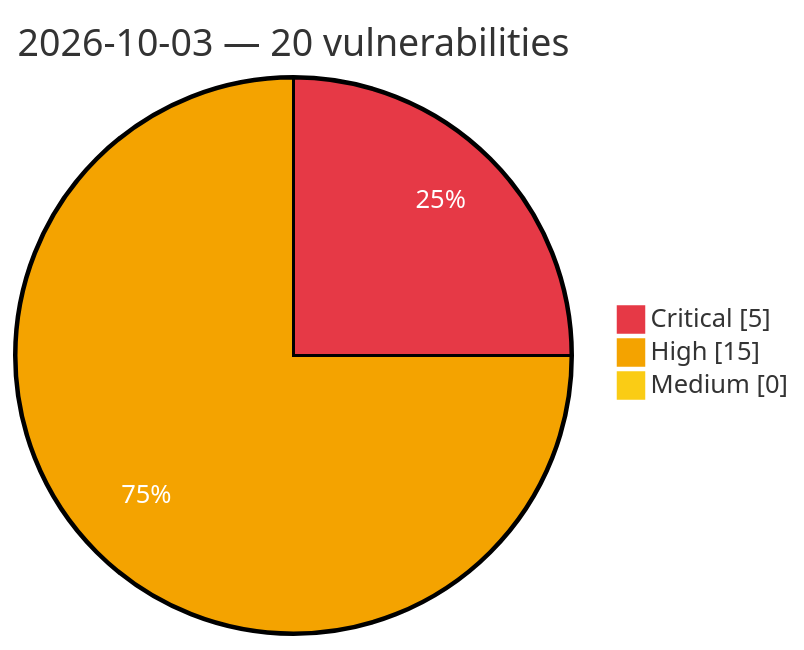
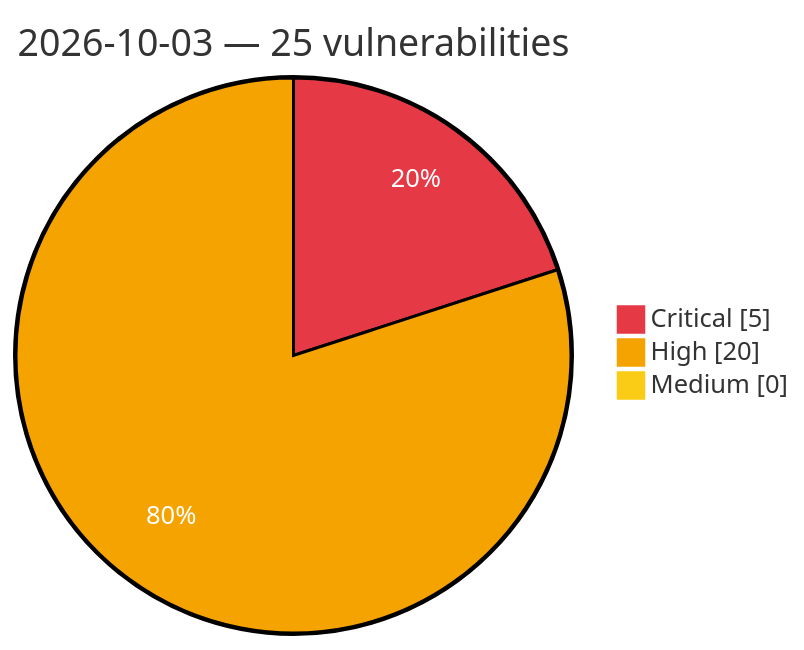
The diagram in vulnerabilities/2026/October/2026-10-03.md (GhostX0X/vuln-tracker), drawn with Mermaid before and after one commit. The commit also changed other lines of this file and 5 other files, not shown here.

````diff
--- a/vulnerabilities/2026/October/2026-10-03.md
+++ b/vulnerabilities/2026/October/2026-10-03.md
@@ -3,8 +3,8 @@
 ```mermaid
 %%{init: {'theme':'base', 'themeVariables': {'pie1':'#e63946', 'pie2':'#f4a300', 'pie3':'#facc15', 'pieOpacity':'1', 'pieOuterStrokeWidth':'2px', 'pieSectionTextColor':'#ffffff'}}}%%
 pie showData
-    title 2026-10-03 — 20 vulnerabilities
+    title 2026-10-03 — 25 vulnerabilities
     "Critical" : 5
-    "High" : 15
+    "High" : 20
     "Medium" : 0
 ```
````
